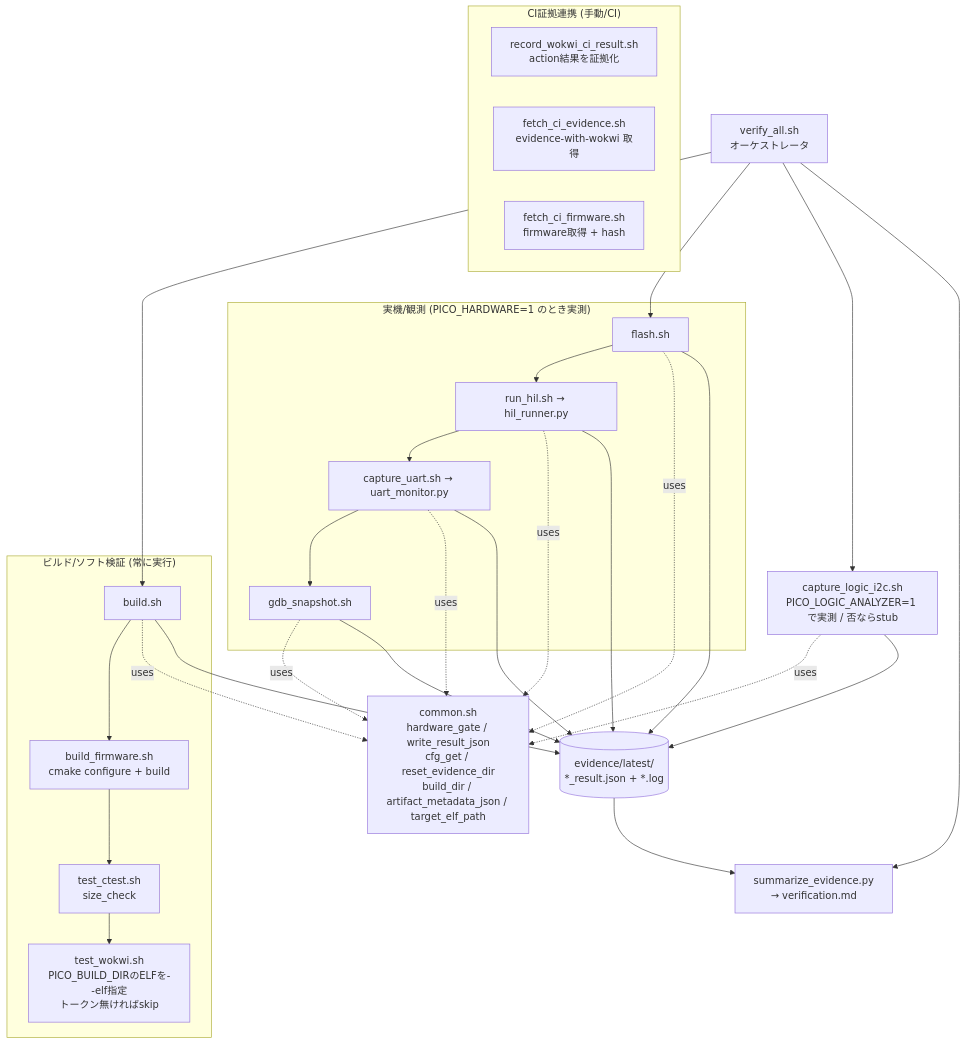
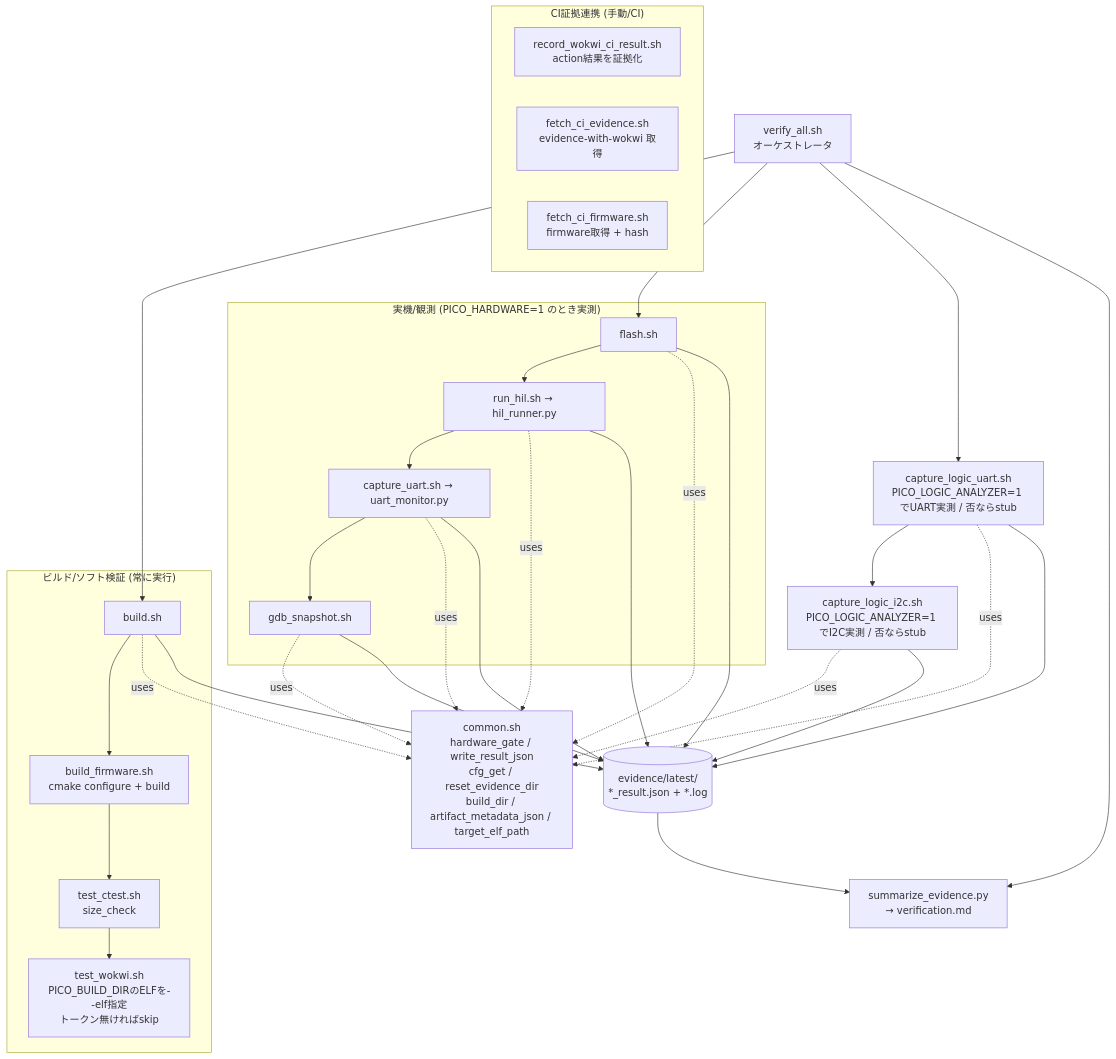
The diagram in docs/architecture/03_components_scripts.md (capybara-works/pico-sdk-blink), drawn with Mermaid before and after one commit. The commit also changed 10 other files, not shown here.

Commit message:
Add logic analyzer UART capture

````diff
--- a/docs/architecture/03_components_scripts.md
+++ b/docs/architecture/03_components_scripts.md
@@ -6,51 +6,54 @@
 ```mermaid
 flowchart TB
     va["verify_all.sh<br/>オーケストレータ"]
 
     subgraph soft["ビルド/ソフト検証 (常に実行)"]
         b["build.sh"]
         bf["build_firmware.sh<br/>cmake configure + build"]
         ct["test_ctest.sh<br/>size_check"]
         tw["test_wokwi.sh<br/>PICO_BUILD_DIRのELFを--elf指定<br/>トークン無ければskip"]
     end
 
     subgraph hwp["実機/観測 (PICO_HARDWARE=1 のとき実測)"]
         fl["flash.sh"]
         hl["run_hil.sh → hil_runner.py"]
         ua["capture_uart.sh → uart_monitor.py"]
         gd["gdb_snapshot.sh"]
     end
 
-    lg["capture_logic_i2c.sh<br/>PICO_LOGIC_ANALYZER=1 で実測 / 否ならstub"]
+    lgu["capture_logic_uart.sh<br/>PICO_LOGIC_ANALYZER=1 でUART実測 / 否ならstub"]
+    lgi["capture_logic_i2c.sh<br/>PICO_LOGIC_ANALYZER=1 でI2C実測 / 否ならstub"]
     sm["summarize_evidence.py<br/>→ verification.md"]
     common["common.sh<br/>hardware_gate / write_result_json<br/>cfg_get / reset_evidence_dir<br/>build_dir / artifact_metadata_json / target_elf_path"]
     ev[("evidence/latest/<br/>*_result.json + *.log")]
 
     va --> b
     b --> bf --> ct --> tw
     va --> fl
     fl --> hl --> ua --> gd
-    va --> lg
+    va --> lgu --> lgi
     va --> sm
 
     b -. uses .-> common
     fl -. uses .-> common
     hl -. uses .-> common
     ua -. uses .-> common
     gd -. uses .-> common
-    lg -. uses .-> common
+    lgu -. uses .-> common
+    lgi -. uses .-> common
 
     b --> ev
     fl --> ev
     hl --> ev
     ua --> ev
     gd --> ev
-    lg --> ev
+    lgu --> ev
+    lgi --> ev
     ev --> sm
 
     subgraph cii["CI証拠連携 (手動/CI)"]
         rec["record_wokwi_ci_result.sh<br/>action結果を証拠化"]
         fe["fetch_ci_evidence.sh<br/>evidence-with-wokwi 取得"]
         ff["fetch_ci_firmware.sh<br/>firmware取得 + hash"]
     end
 ```
````
